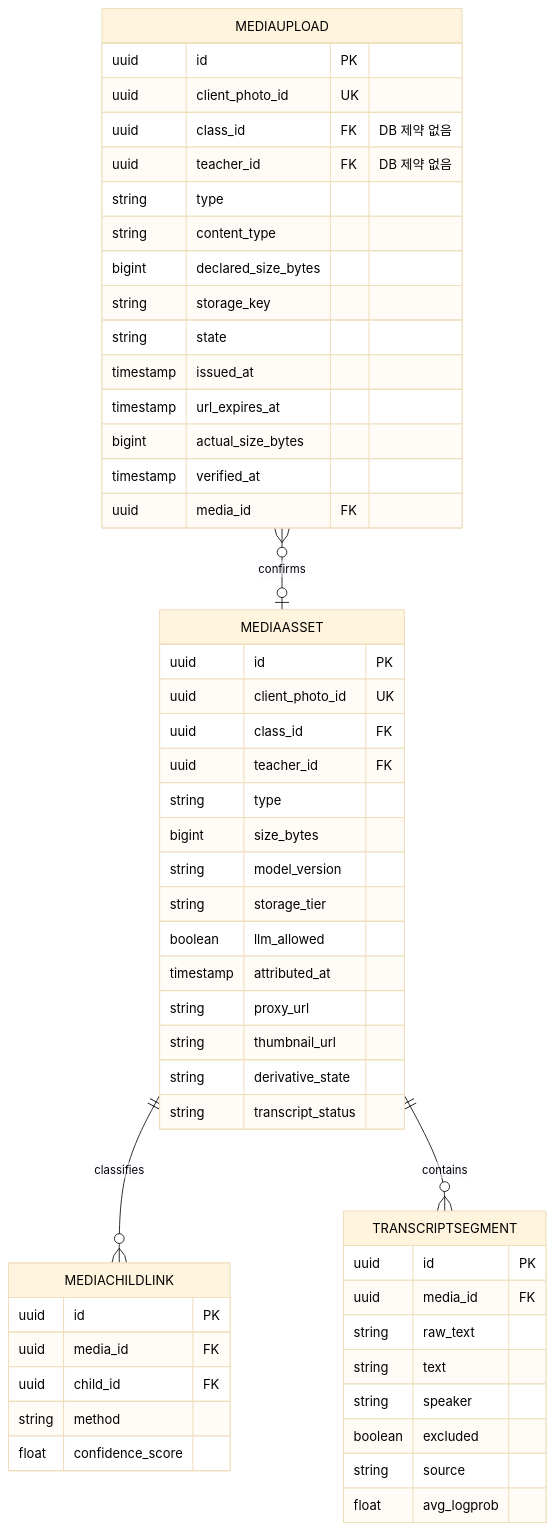
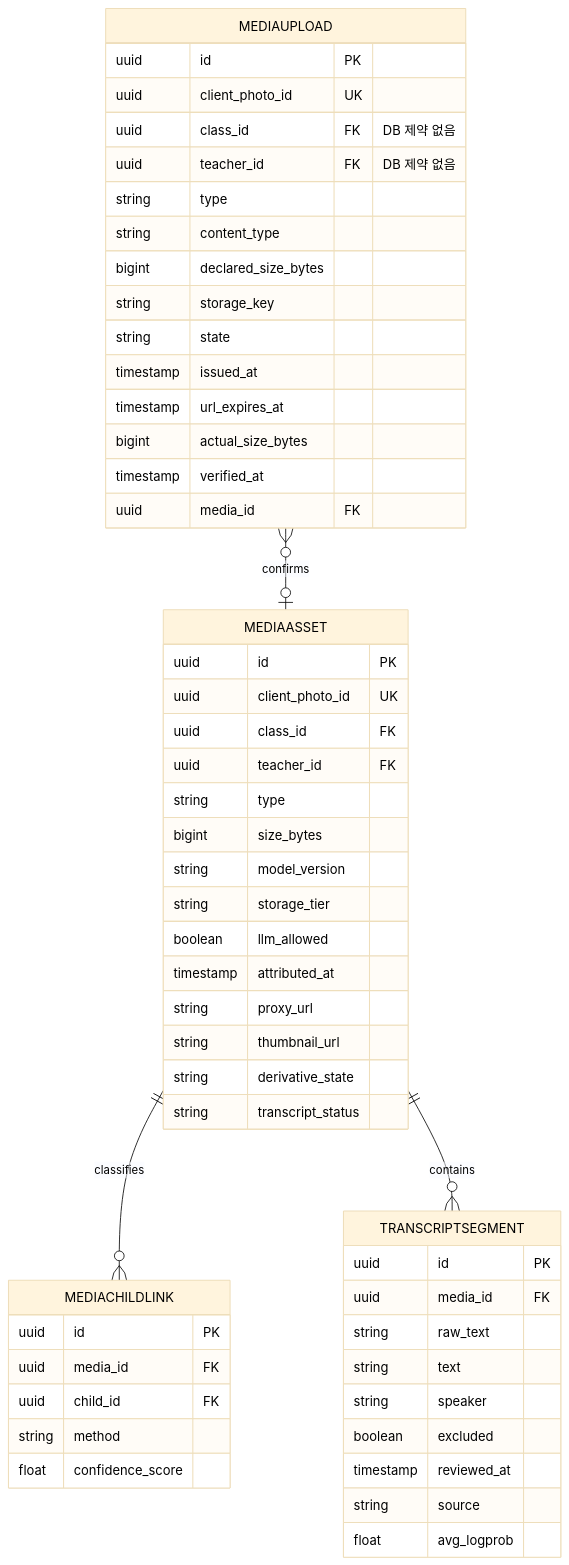
Before and after one commit to kakaotechcampus-4/ktc4-chungnam-4: the third of 8 diagrams in docs/테크스펙.md, drawn with Mermaid. The commit also changed 1 other file, not shown here.

Commit message:
docs: [fix] note empty child_ids and add reviewed_at to ERD
응답 예시와 ERD가 구현과 달랐기 때문입니다. child_ids는 FE 호환용 빈 배열이고,
reviewed_at은 표에만 있고 ERD에 빠져 있었습니다.

````diff
--- a/docs/테크스펙.md
+++ b/docs/테크스펙.md
@@ -531,56 +531,57 @@
 ```mermaid
 %%{init: {'theme':'base', 'themeVariables': {'primaryTextColor':'#000000','textColor':'#000000','lineColor':'#000000'}}}%%
 erDiagram
   MEDIAASSET {
     uuid id PK
     uuid client_photo_id UK
     uuid class_id FK
     uuid teacher_id FK
     string type
     bigint size_bytes
     string model_version
     string storage_tier
     boolean llm_allowed
     timestamp attributed_at
     string proxy_url
     string thumbnail_url
     string derivative_state
     string transcript_status
   }
   MEDIAUPLOAD {
     uuid id PK
     uuid client_photo_id UK
     uuid class_id FK "DB 제약 없음"
     uuid teacher_id FK "DB 제약 없음"
     string type
     string content_type
     bigint declared_size_bytes
     string storage_key
     string state
     timestamp issued_at
     timestamp url_expires_at
     bigint actual_size_bytes
     timestamp verified_at
     uuid media_id FK
   }
   MEDIACHILDLINK {
     uuid id PK
     uuid media_id FK
     uuid child_id FK
     string method
     float confidence_score
   }
   TRANSCRIPTSEGMENT {
     uuid id PK
     uuid media_id FK
     string raw_text
     string text
     string speaker
     boolean excluded
+    timestamp reviewed_at
     string source
     float avg_logprob
   }
   MEDIAUPLOAD }o--o| MEDIAASSET : confirms
   MEDIAASSET ||--o{ MEDIACHILDLINK : classifies
   MEDIAASSET ||--o{ TRANSCRIPTSEGMENT : contains
 ```
````
